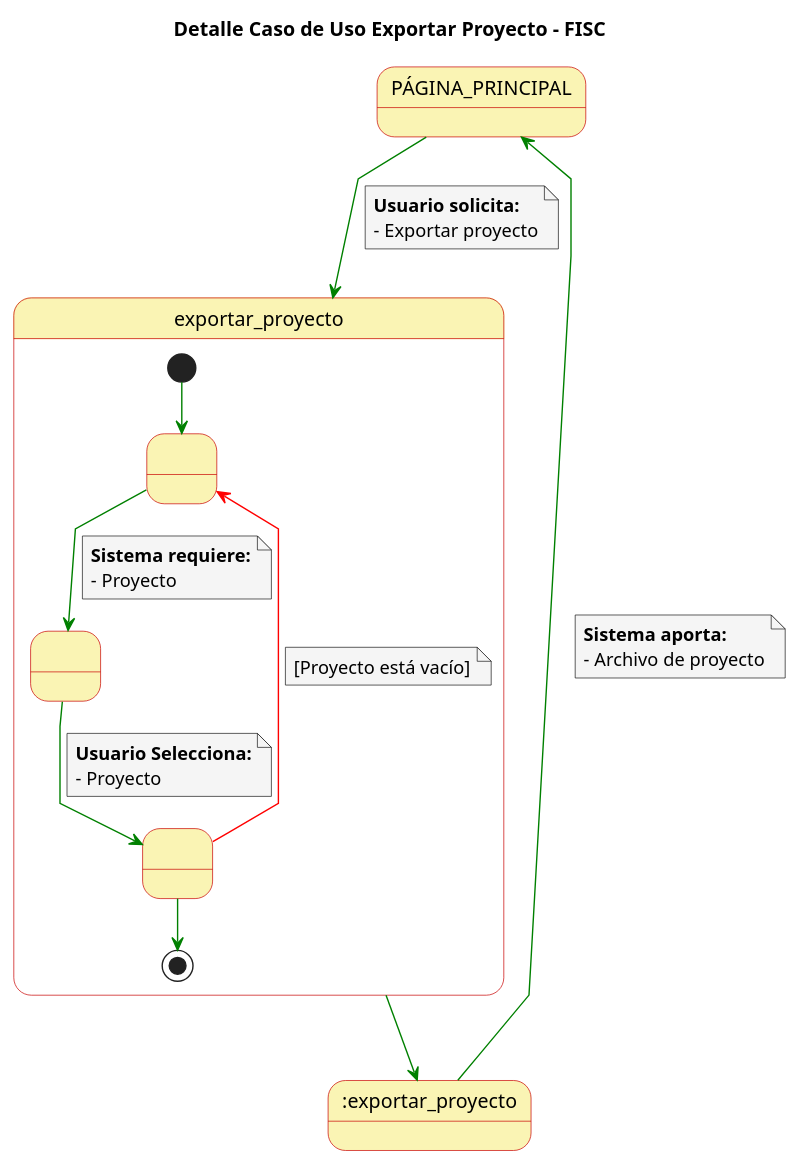
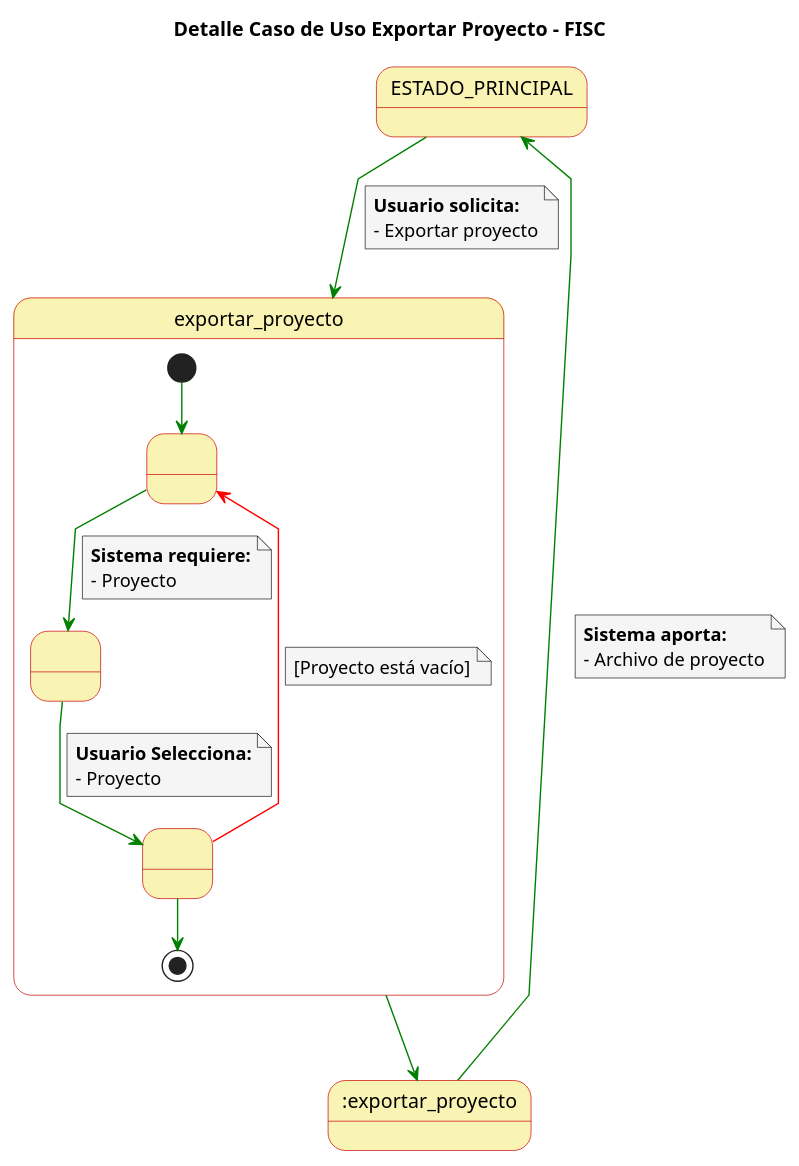
The diagram in casosDeUso/detallesCasosUso/detalleCasoUsoExportarProyecto.puml (mmasias/23-24-IdSw1-SDR), drawn with PlantUML before and after one commit. The commit also changed 7 other files, not shown here.

```diff
--- a/casosDeUso/detallesCasosUso/detalleCasoUsoExportarProyecto.puml
+++ b/casosDeUso/detallesCasosUso/detalleCasoUsoExportarProyecto.puml
@@ -1,54 +1,54 @@
 @startuml
 
 skinparam state {
   BackgroundColor #faf4b4
   BorderColor #c90000
 }
 
 skinparam note {
   BackgroundColor #f5f5f5
 }
 
 skinparam linetype polyline
 
 title Detalle Caso de Uso Exportar Proyecto - FISC
 
 
-PÁGINA_PRINCIPAL -[#green]-> exportar_proyecto 
+ESTADO_PRINCIPAL -[#green]-> exportar_proyecto 
 note on link
   **Usuario solicita:**
   - Exportar proyecto
 end note
 
 state exportar_proyecto {
   state 1 as " "
   state 2 as " "
   state 3 as " "
   
   [*] -[#green]-> 1
   1 -[#green]-> 2
   note on link
       **Sistema requiere:**
       - Proyecto
   end note
   2 -[#green]-> 3
   note on link
     **Usuario Selecciona:**
     - Proyecto
   end note
   3 -[#red]-> 1
   note on link
     [Proyecto está vacío]
   end note
   3 -[#green]-> [*]
 }
 
 exportar_proyecto -[#green]-> :exportar_proyecto
 
-:exportar_proyecto -[#green]-> PÁGINA_PRINCIPAL
+:exportar_proyecto -[#green]-> ESTADO_PRINCIPAL
 note on link
   **Sistema aporta:**
   - Archivo de proyecto
 end note
 
 @enduml
```
